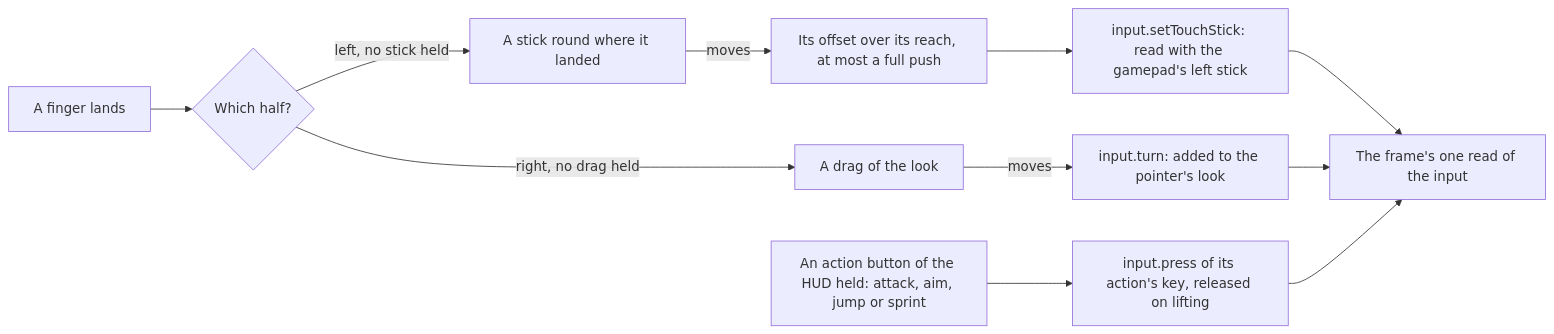
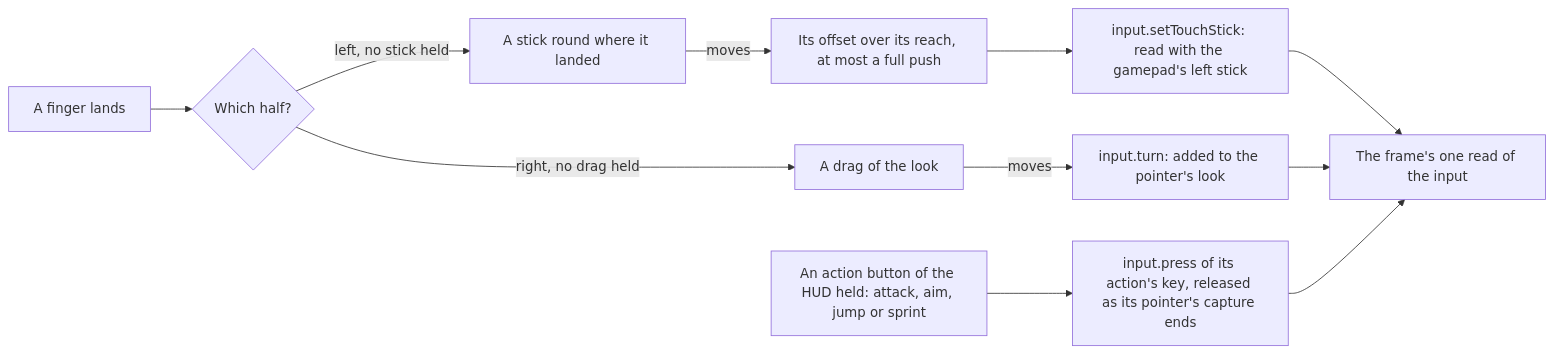
One commit to Esposter/Esposter changed the diagram in apps/web/content/docs/genshin/touch-controls.md. Above: the diagram before and after it, drawn with Mermaid. The commit also changed 4 other files, not shown here.

First line of the commit message:
fix(genshin-world): the HUD's held buttons capture their pointer until it ends, and a focused one holds its key on Enter or Space

````diff
--- a/apps/web/content/docs/genshin/touch-controls.md
+++ b/apps/web/content/docs/genshin/touch-controls.md
@@ -12,13 +12,13 @@
 ```mermaid
 flowchart LR
   DOWN["A finger lands"] --> HALF{"Which half?"}
   HALF -->|"left, no stick held"| STICK["A stick round where it landed"]
   HALF -->|"right, no drag held"| DRAG["A drag of the look"]
   STICK -->|"moves"| AXES["Its offset over its reach, at most a full push"]
   AXES --> SET["input.setTouchStick: read with the gamepad's left stick"]
   DRAG -->|"moves"| TURN["input.turn: added to the pointer's look"]
-  JUMP["An action button of the HUD held: attack, aim, jump or sprint"] --> PRESS["input.press of its action's key, released on lifting"]
+  JUMP["An action button of the HUD held: attack, aim, jump or sprint"] --> PRESS["input.press of its action's key, released as its pointer's capture ends"]
   SET --> READ["The frame's one read of the input"]
   TURN --> READ
   PRESS --> READ
 ```
````
